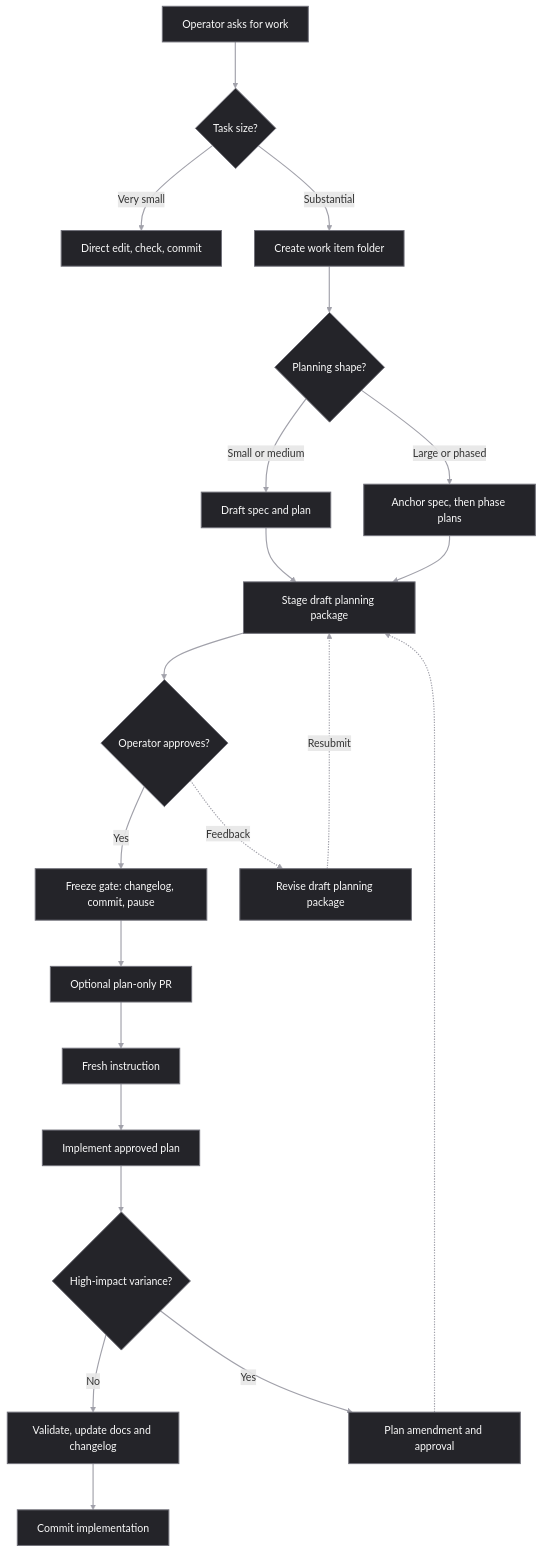
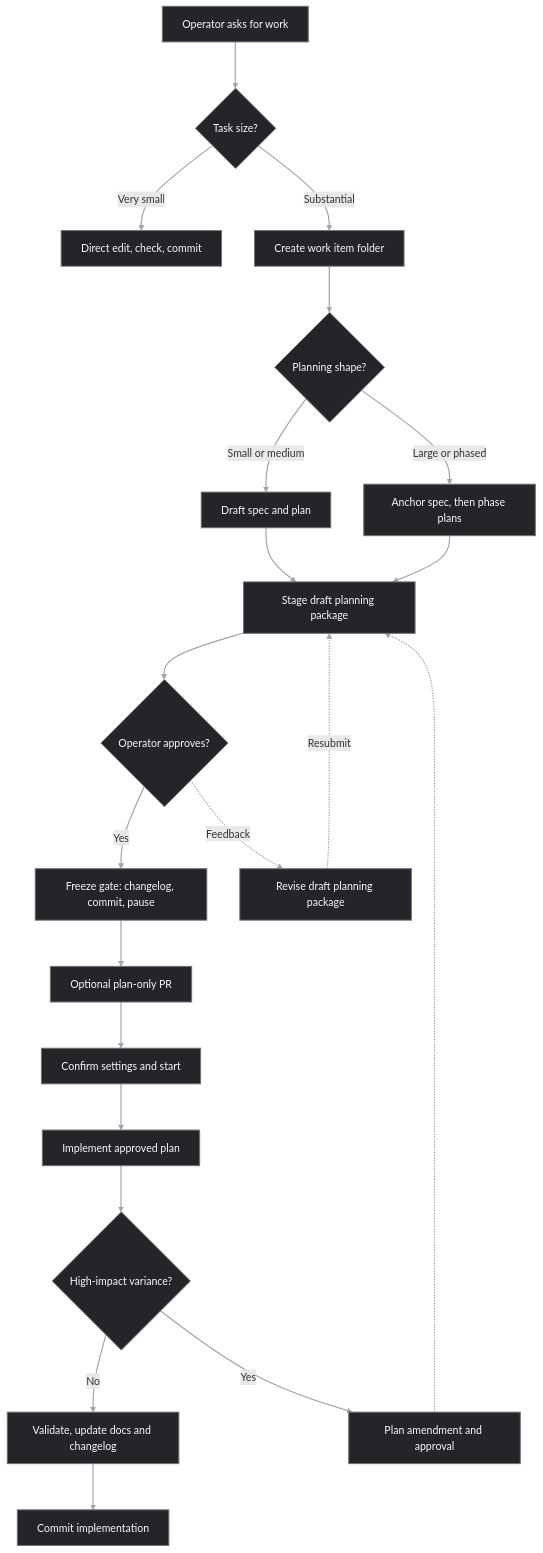
The diagram in README.md (itxyzzz/dev-doc-harness), drawn with Mermaid before and after one commit. The commit also changed other lines of this file and 4 other files, not shown here.

````diff
--- a/README.md
+++ b/README.md
@@ -12,41 +12,41 @@
 ```mermaid
 %%{init: {
   "flowchart": {
     "curve": "basis",
     "nodeSpacing": 50,
     "rankSpacing": 70
   }
 }}%%
 
 flowchart TD
     A["Operator asks for work"]:::house --> B{"Task size?"}:::house
     B -->|Very small| C["Direct edit, check, commit"]:::house
     B -->|Substantial| D["Create work item folder"]:::house
 
     D --> E{"Planning shape?"}:::house
     E -->|Small or medium| F["Draft spec and plan"]:::house
     E -->|Large or phased| G["Anchor spec, then phase plans"]:::house
 
     F --> H["Stage draft planning package"]:::house
     G --> H
 
     H --> I{"Operator approves?"}:::house
     I -->|Yes| J["Freeze gate: changelog, commit, pause"]:::house
 
     I -.->|Feedback| R["Revise draft planning package"]:::house
     R -.->|Resubmit| H
 
     J --> O["Optional plan-only PR"]:::house
-    O --> P["Fresh instruction"]:::house
+    O --> P["Confirm settings and start"]:::house
     P --> Q["Implement approved plan"]:::house
     Q --> K{"High-impact variance?"}:::house
 
     K -->|No| L["Validate, update docs and changelog"]:::house
     L --> M["Commit implementation"]:::house
 
     K -->|Yes| N["Plan amendment and approval"]:::house
     N -.-> H
 
     classDef house fill:#242429,stroke:#71717a,stroke-width:1.5px,color:#fafafa
     linkStyle default stroke:#a1a1aa,stroke-width:1.75px
 ```
````
